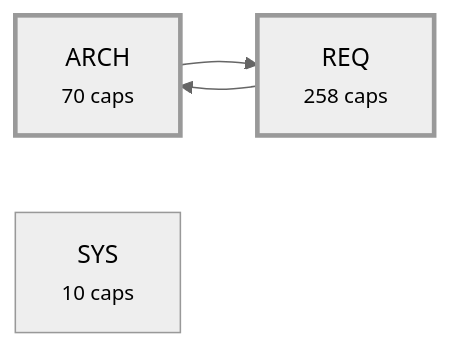
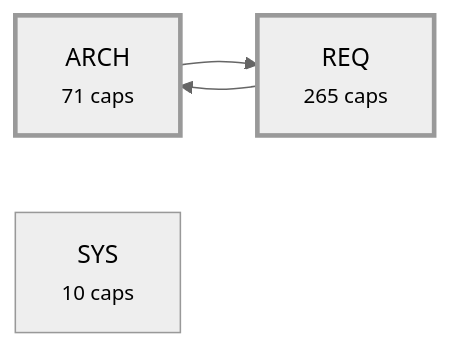
One commit to alxmax/Requirement-manager changed the third of 4 diagrams in plugin/requirements/_map.md. Above: the diagram before and after it, drawn with Mermaid (neutral theme). The commit also changed other lines of this file and 48 other files, not shown here.

````diff
--- a/plugin/requirements/_map.md
+++ b/plugin/requirements/_map.md
@@ -1135,10 +1151,10 @@
 ```mermaid
 graph LR
-  a_ARCH["ARCH<br><small>70 caps</small>"]
-  a_REQ["REQ<br><small>258 caps</small>"]
+  a_ARCH["ARCH<br><small>71 caps</small>"]
+  a_REQ["REQ<br><small>265 caps</small>"]
   a_SYS["SYS<br><small>10 caps</small>"]
   a_ARCH --> a_REQ
   a_REQ --> a_ARCH
   style a_ARCH stroke-width:3px
   style a_REQ stroke-width:3px
 ```
````
